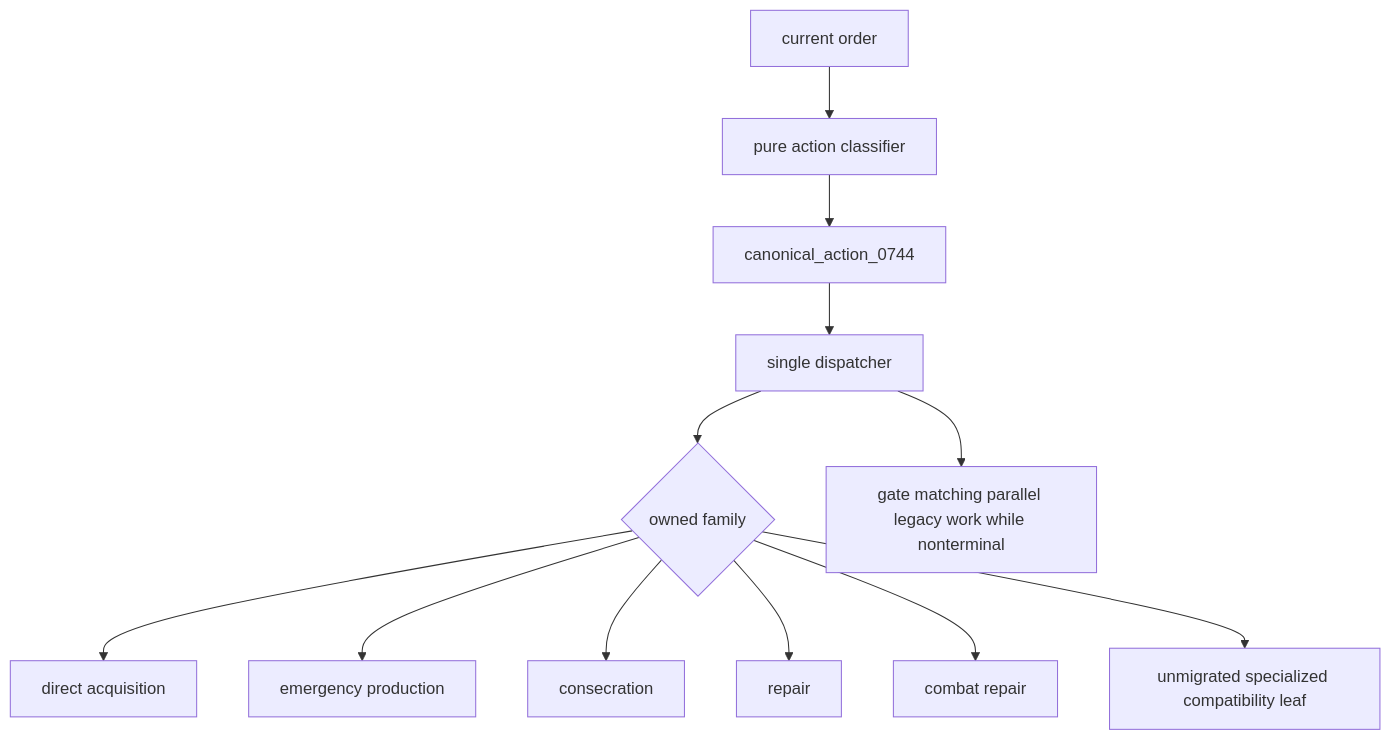
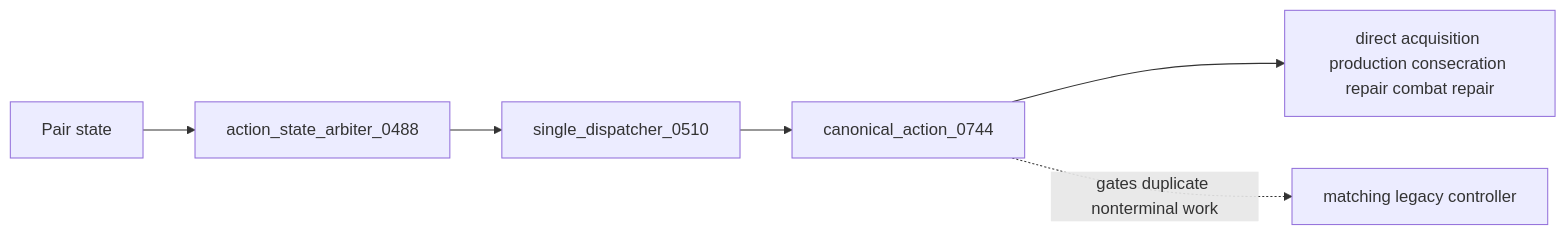
Before and after one commit to mrcalzon02/Tech-Priests: the tenth of 11 diagrams in docs/RECOVERY_AUTHORITY_MAP_CURRENT.md, drawn with Mermaid. The commit also changed other lines of this file, not shown here.

````diff
--- a/docs/RECOVERY_AUTHORITY_MAP_CURRENT.md
+++ b/docs/RECOVERY_AUTHORITY_MAP_CURRENT.md
@@ -264,24 +227,12 @@
 ```mermaid
-flowchart TD
-    Order[current order]
-    Pure[pure action classifier]
+flowchart LR
+    Pair[Pair state]
+    Classifier[action_state_arbiter_0488]
+    Dispatcher[single_dispatcher_0510]
     Record[canonical_action_0744]
-    Dispatch[single dispatcher]
-    Family{owned family}
-    Direct[direct acquisition]
-    Production[emergency production]
-    Consecrate[consecration]
-    Repair[repair]
-    CombatRepair[combat repair]
-    Compatibility[unmigrated specialized compatibility leaf]
-    LegacyGate[gate matching parallel legacy work while nonterminal]
+    Core[direct acquisition production consecration repair combat repair]
+    Legacy[matching legacy controller]
 
-    Order --> Pure --> Record --> Dispatch --> Family
-    Family --> Direct
-    Family --> Production
-    Family --> Consecrate
-    Family --> Repair
-    Family --> CombatRepair
-    Family --> Compatibility
-    Dispatch --> LegacyGate
+    Pair --> Classifier --> Dispatcher --> Record --> Core
+    Record -. gates duplicate nonterminal work .-> Legacy
 ```
````
